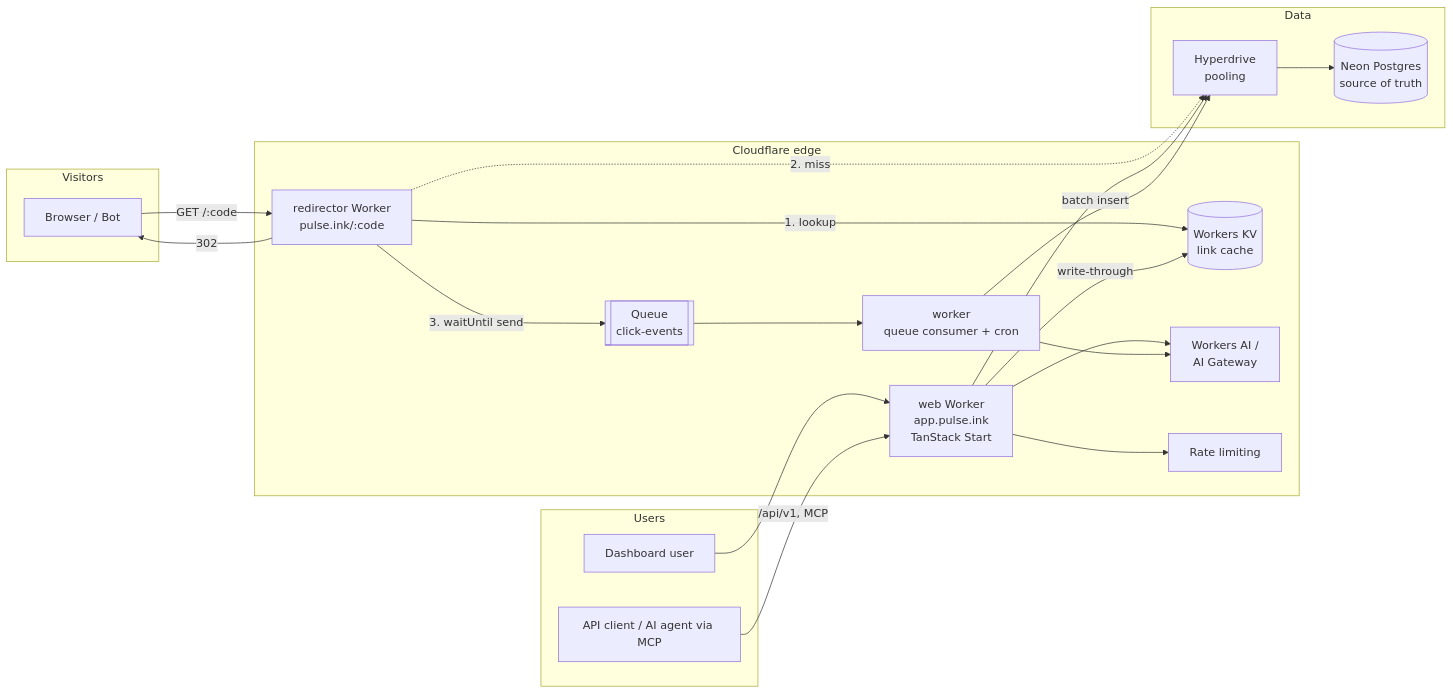
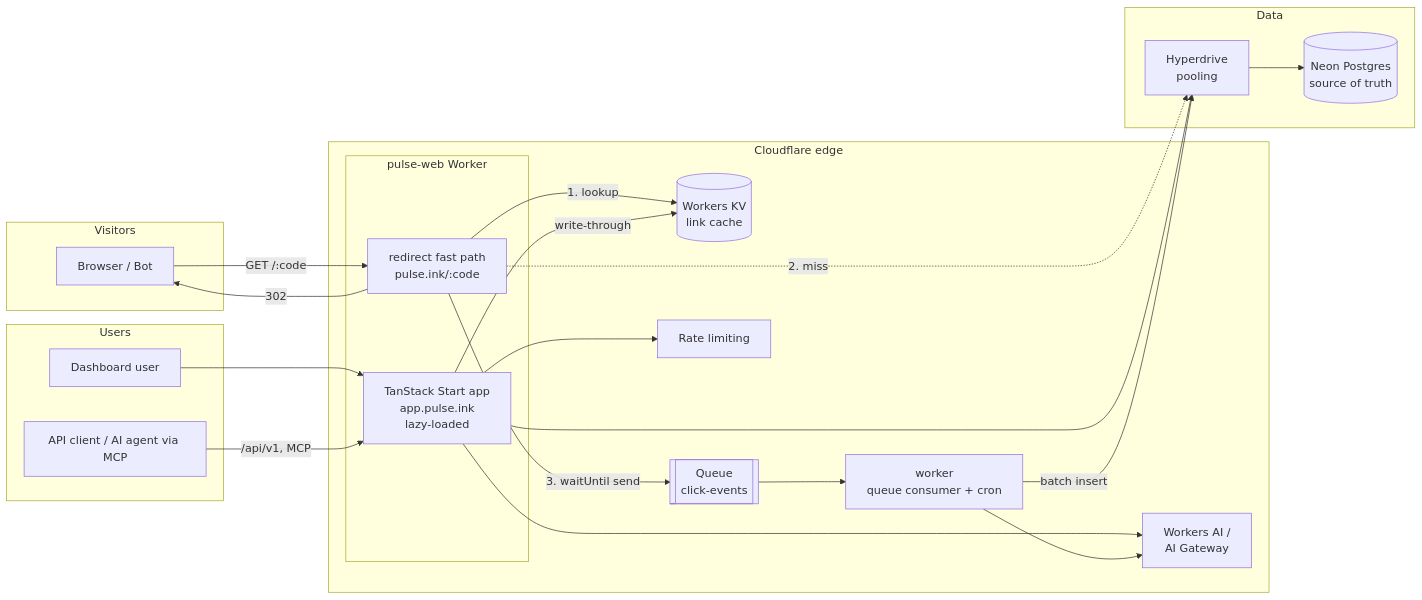
One commit to devxsameer/pulse changed the first of 6 diagrams in docs/ARCHITECTURE.md. Above: the diagram before and after it, drawn with Mermaid. The commit also changed other lines of this file and 4 other files, not shown here.

Commit message:
docs: update architecture to reflect the integration of a redirect fast path in the web Worker and add new ADR for this decision

````diff
--- a/docs/ARCHITECTURE.md
+++ b/docs/ARCHITECTURE.md
@@ -110,44 +111,46 @@
 ```mermaid
 flowchart LR
     subgraph Visitors
       V[Browser / Bot]
     end
 
     subgraph Users
       U[Dashboard user]
       A[API client / AI agent via MCP]
     end
 
     subgraph Cloudflare["Cloudflare edge"]
-      R[redirector Worker<br/>pulse.ink/:code]
-      W[web Worker<br/>app.pulse.ink<br/>TanStack Start]
+      subgraph WEB["pulse-web Worker"]
+        R[redirect fast path<br/>pulse.ink/:code]
+        W[TanStack Start app<br/>app.pulse.ink<br/>lazy-loaded]
+      end
       BG[worker<br/>queue consumer + cron]
       KV[(Workers KV<br/>link cache)]
       Q[[Queue<br/>click-events]]
       AI[Workers AI /<br/>AI Gateway]
       RL[Rate limiting]
     end
 
     subgraph Data
       PG[(Neon Postgres<br/>source of truth)]
       HD[Hyperdrive<br/>pooling]
     end
 
     V -->|GET /:code| R
     R -->|1. lookup| KV
     R -.->|2. miss| HD
     R -->|3. waitUntil send| Q
     R -->|302| V
 
     U --> W
     A -->|/api/v1, MCP| W
     W --> RL
     W --> HD
     W -->|write-through| KV
     W --> AI
 
     Q --> BG
     BG -->|batch insert| HD
     BG --> AI
     HD --> PG
 ```
````
